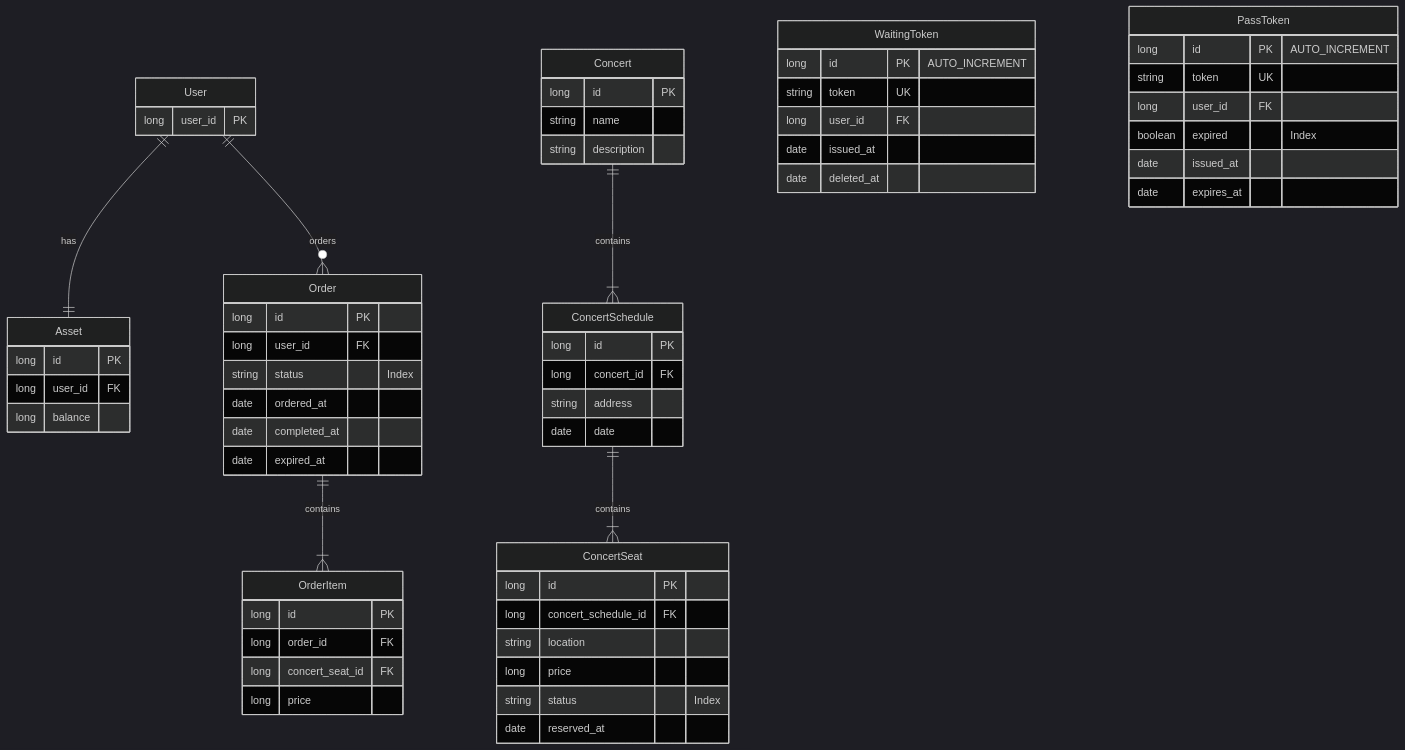
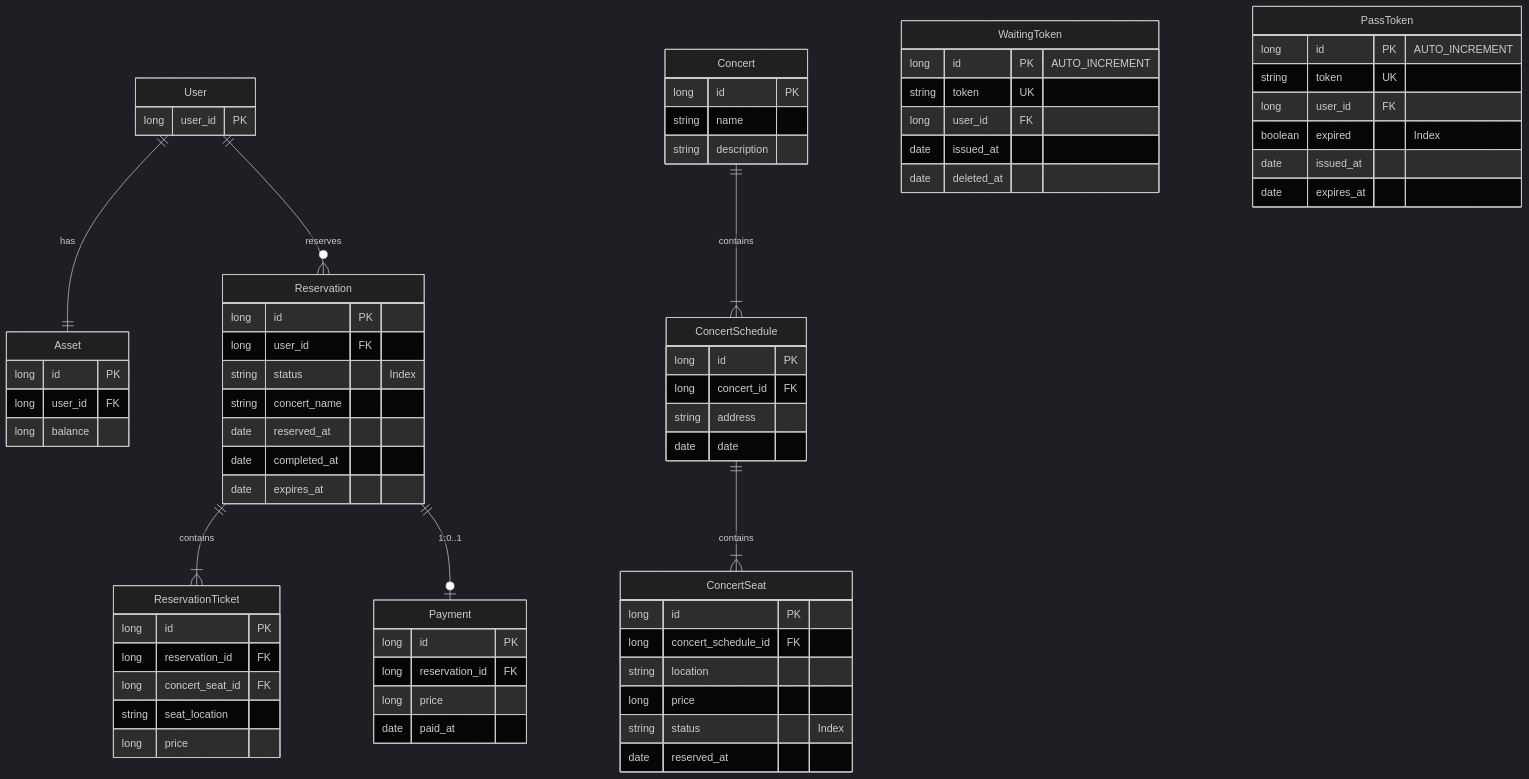
Before and after one commit to YoungWonBackendStudy/HHPlus-Concert-Reservation: diagram 14 of 14 in README.md, drawn with Mermaid (dark theme). The commit also changed other lines of this file, not shown here.

```diff
--- a/README.md
+++ b/README.md
@@ -250,22 +250,32 @@
     long balance
 }
 
-User ||--o{ Order: orders
-Order {
+User ||--o{ Reservation: reserves
+Reservation {
     long id PK
     long user_id FK
     string status "Index"
-    date ordered_at
+    string concert_name
+    date reserved_at
     date completed_at
-    date expired_at
+    date expires_at
 }
 
-Order ||--|{ OrderItem: contains
-OrderItem {
+Reservation ||--|{ ReservationTicket: contains
+ReservationTicket {
     long id PK
-    long order_id FK
+    long reservation_id FK
     long concert_seat_id FK
+    string seat_location
     long price
+}
+
+Reservation ||--o| Payment: "1:0..1"
+Payment {
+    long id PK
+    long reservation_id FK
+    long price
+    date paid_at
 }
 
 Concert {
```
